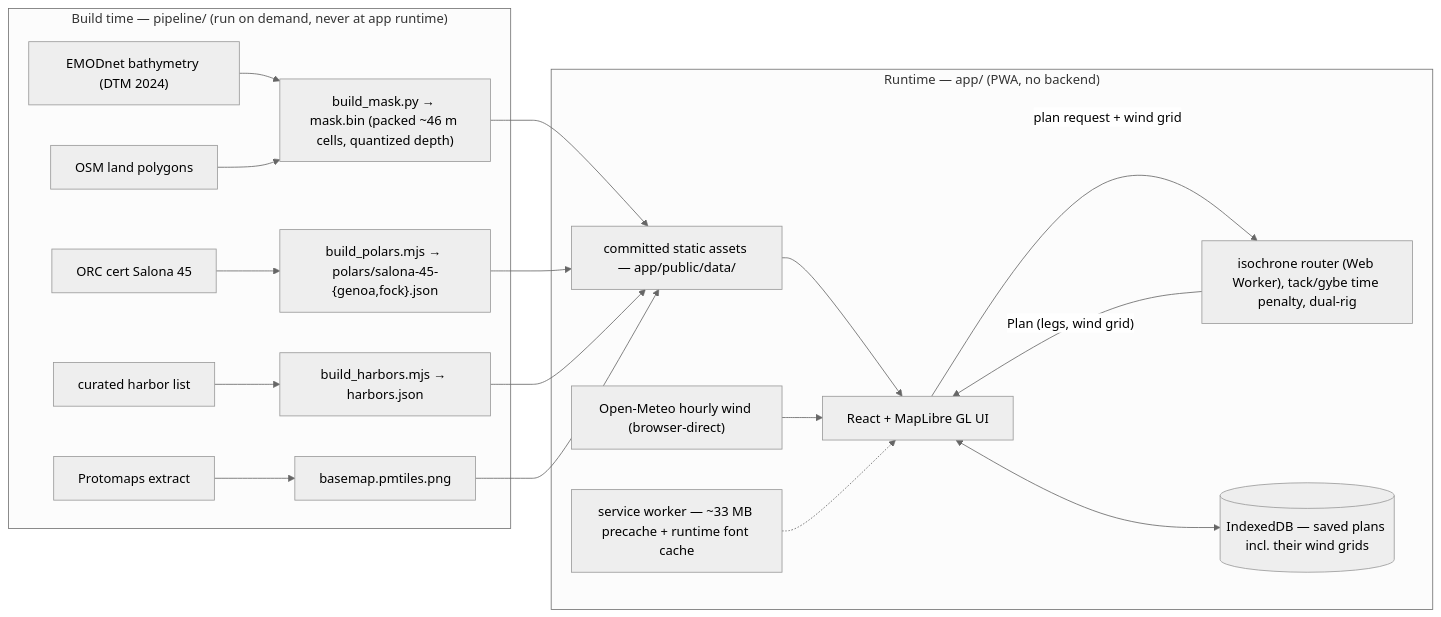
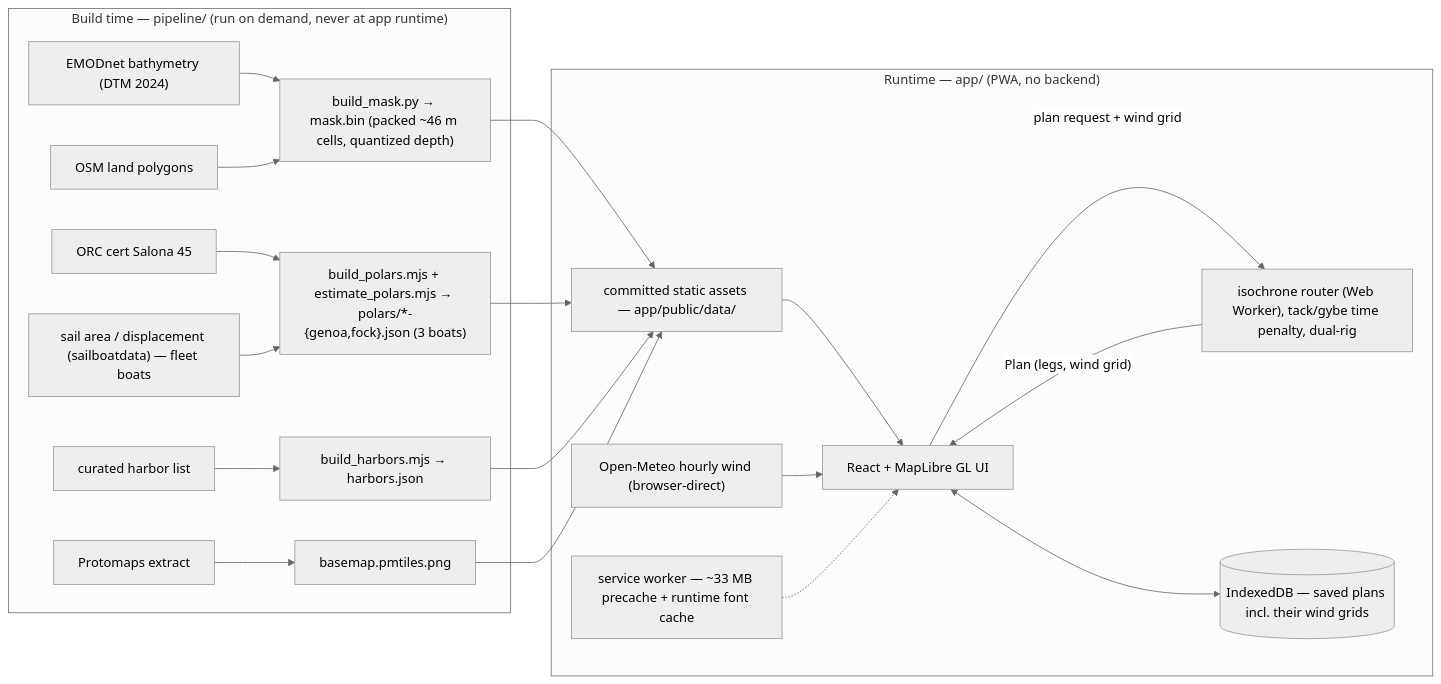
The diagram in README.md (DocGerd/sail_command), drawn with Mermaid (neutral theme) before and after one commit. The commit also changed other lines of this file and 29 other files, not shown here.

````diff
--- a/README.md
+++ b/README.md
@@ -118,19 +135,20 @@
 ```mermaid
 flowchart LR
   subgraph pipeline ["Build time — pipeline/ (run on demand, never at app runtime)"]
     EMOD["EMODnet bathymetry (DTM 2024)"] --> MASK["build_mask.py → mask.bin (packed ~46 m cells, quantized depth)"]
     OSMLP["OSM land polygons"] --> MASK
-    ORC["ORC cert Salona 45"] --> POLARS["build_polars.mjs → polars/salona-45-{genoa,fock}.json"]
+    ORC["ORC cert Salona 45"] --> POLARS["build_polars.mjs + estimate_polars.mjs → polars/*-{genoa,fock}.json (3 boats)"]
+    SBD["sail area / displacement (sailboatdata) — fleet boats"] --> POLARS
     CUR["curated harbor list"] --> HARB["build_harbors.mjs → harbors.json"]
     PROTO["Protomaps extract"] --> PMT["basemap.pmtiles.png"]
   end
   MASK & POLARS & HARB & PMT --> ASSETS["committed static assets — app/public/data/"]
   subgraph app ["Runtime — app/ (PWA, no backend)"]
     ASSETS --> UI["React + MapLibre GL UI"]
     OM["Open-Meteo hourly wind (browser-direct)"] --> UI
     UI -->|"plan request + wind grid"| WORKER["isochrone router (Web Worker), tack/gybe time penalty, dual-rig"]
     WORKER -->|"Plan (legs, wind grid)"| UI
     UI <--> IDB[("IndexedDB — saved plans incl. their wind grids")]
     SW["service worker — ~33 MB precache + runtime font cache"] -.-> UI
   end
 ```
````
